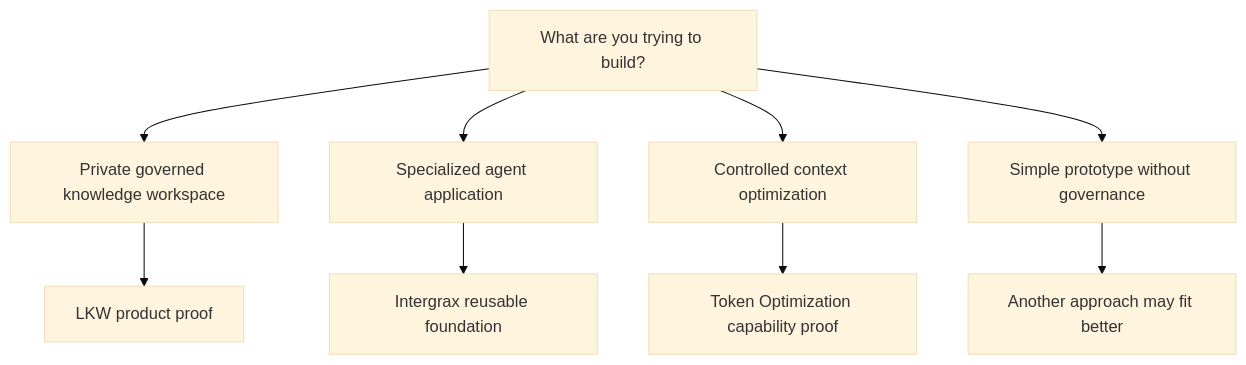
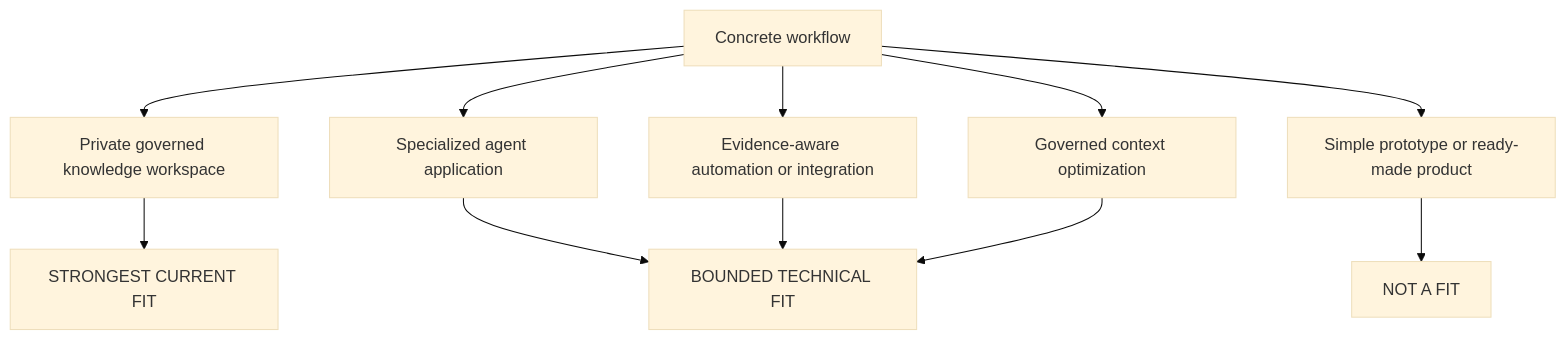
One commit to jakbuczarnecki/intergrax changed the diagram in docs/project/overview/USE_CASES.md. Above: the diagram before and after it, drawn with Mermaid (base theme). The commit also changed other lines of this file and 2 other files, not shown here.

Commit message:
docs: clarify Intergrax workflow fit

````diff
--- a/docs/project/overview/USE_CASES.md
+++ b/docs/project/overview/USE_CASES.md
@@ -41,13 +48,14 @@
 ```mermaid
 flowchart TD
-    A[What are you trying to build?]
-    A --> B[Private governed knowledge workspace]
+    A[Concrete workflow] --> B[Private governed knowledge workspace]
     A --> C[Specialized agent application]
-    A --> D[Controlled context optimization]
-    A --> E[Simple prototype without governance]
+    A --> D[Evidence-aware automation or integration]
+    A --> E[Governed context optimization]
+    A --> F[Simple prototype or ready-made product]
 
-    B --> F[LKW product proof]
-    C --> G[Intergrax reusable foundation]
-    D --> H[Token Optimization capability proof]
-    E --> I[Another approach may fit better]
+    B --> G[STRONGEST CURRENT FIT]
+    C --> H[BOUNDED TECHNICAL FIT]
+    D --> H
+    E --> H
+    F --> I[NOT A FIT]
 ```
````
